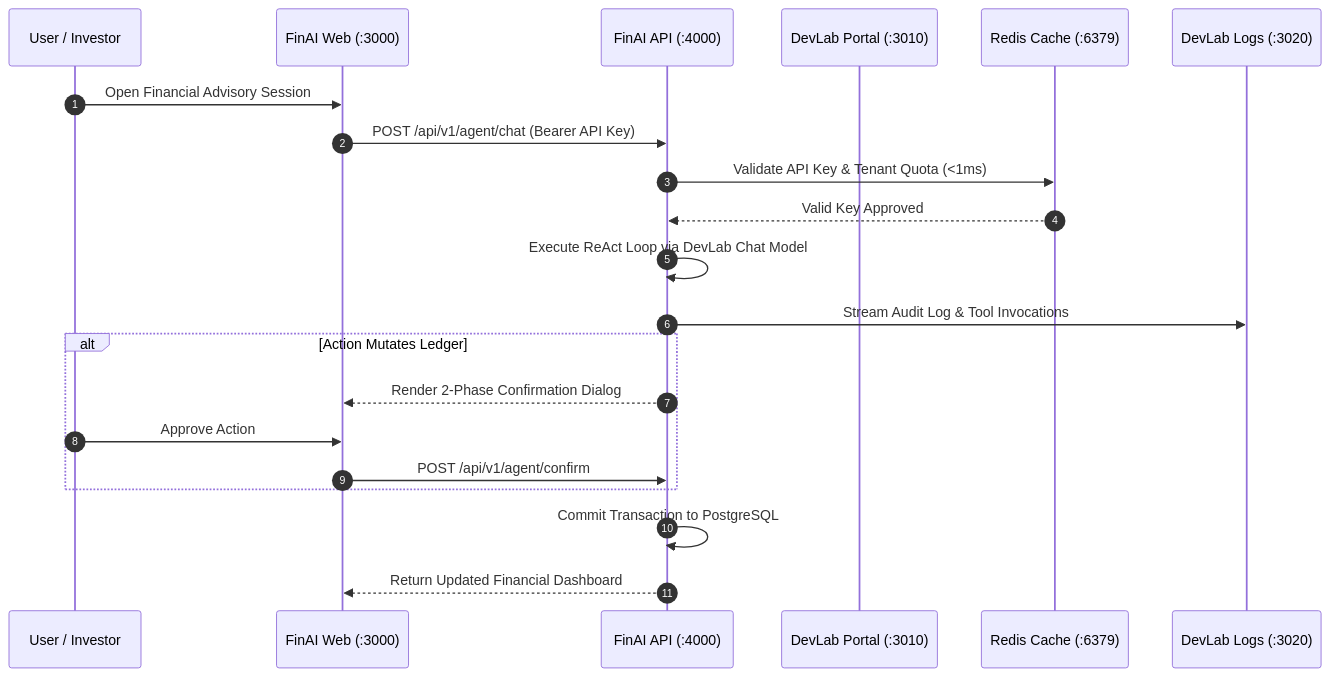
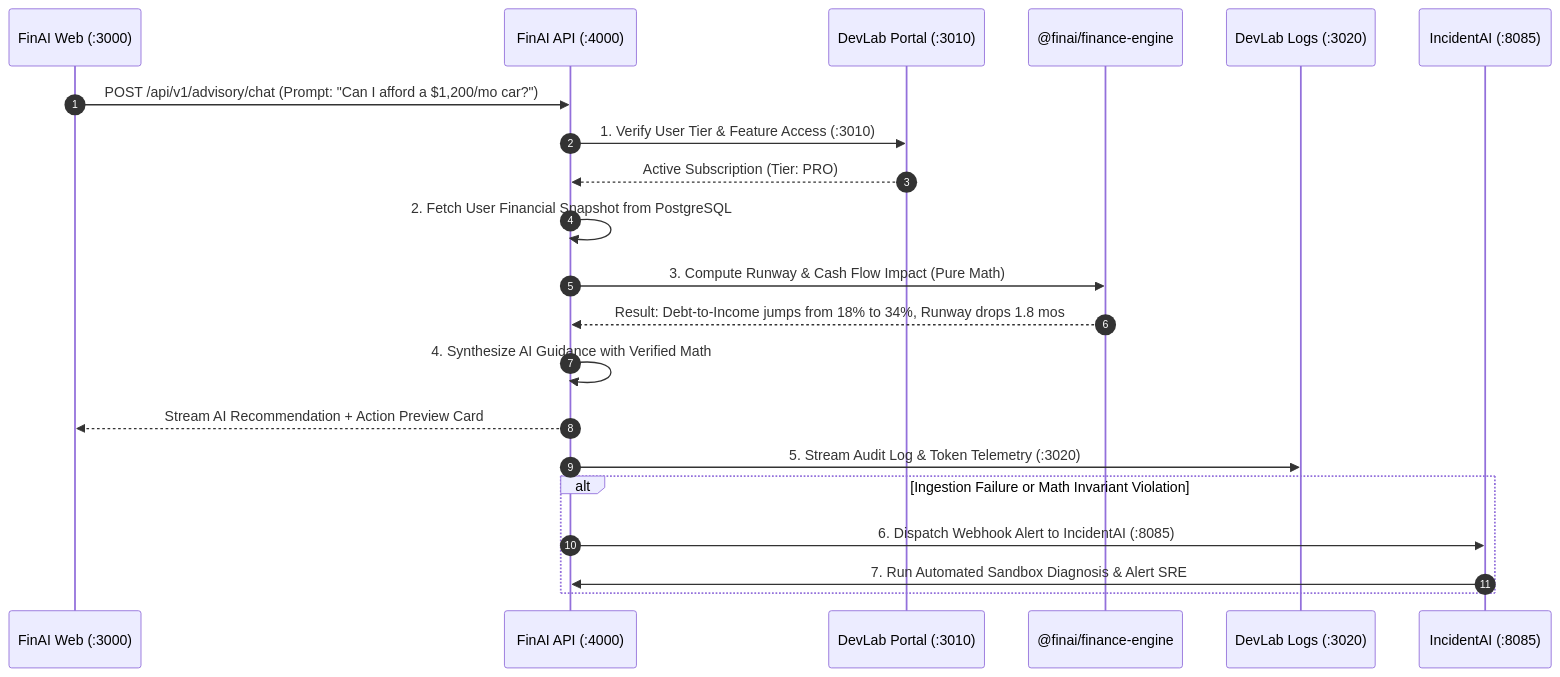
The diagram in PROJECT_INFO.md (yuvadevlab/fin-ai), drawn with Mermaid before and after one commit. The commit also changed other lines of this file, not shown here.

````diff
--- a/PROJECT_INFO.md
+++ b/PROJECT_INFO.md
@@ -110,24 +103,25 @@
 ```mermaid
 sequenceDiagram
     autonumber
-    participant User as User / Investor
-    participant Web as FinAI Web (:3000)
+    participant Client as FinAI Web (:3000)
     participant API as FinAI API (:4000)
     participant DP as DevLab Portal (:3010)
-    participant Redis as Redis Cache (:6379)
+    participant Engine as @finai/finance-engine
     participant DL as DevLab Logs (:3020)
+    participant IA as IncidentAI (:8085)
 
-    User->>Web: Open Financial Advisory Session
-    Web->>API: POST /api/v1/agent/chat (Bearer API Key)
-    API->>Redis: Validate API Key & Tenant Quota (<1ms)
-    Redis-->>API: Valid Key Approved
-    API->>API: Execute ReAct Loop via DevLab Chat Model
-    API->>DL: Stream Audit Log & Tool Invocations
-    alt Action Mutates Ledger
-        API-->>Web: Render 2-Phase Confirmation Dialog
-        User->>Web: Approve Action
-        Web->>API: POST /api/v1/agent/confirm
+    Client->>API: POST /api/v1/advisory/chat (Prompt: "Can I afford a $1,200/mo car?")
+    API->>DP: 1. Verify User Tier & Feature Access (:3010)
+    DP-->>API: Active Subscription (Tier: PRO)
+    API->>API: 2. Fetch User Financial Snapshot from PostgreSQL
+    API->>Engine: 3. Compute Runway & Cash Flow Impact (Pure Math)
+    Engine-->>API: Result: Debt-to-Income jumps from 18% to 34%, Runway drops 1.8 mos
+    API->>API: 4. Synthesize AI Guidance with Verified Math
+    API-->>Client: Stream AI Recommendation + Action Preview Card
+    API->>DL: 5. Stream Audit Log & Token Telemetry (:3020)
+
+    alt Ingestion Failure or Math Invariant Violation
+        API->>IA: 6. Dispatch Webhook Alert to IncidentAI (:8085)
+        IA->>API: 7. Run Automated Sandbox Diagnosis & Alert SRE
     end
-    API->>API: Commit Transaction to PostgreSQL
-    API-->>Web: Return Updated Financial Dashboard
 ```
````
